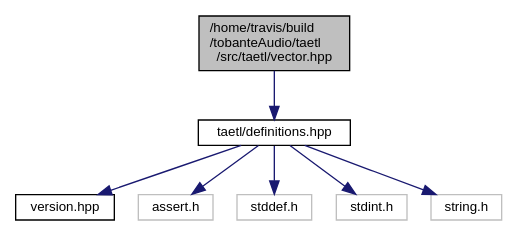
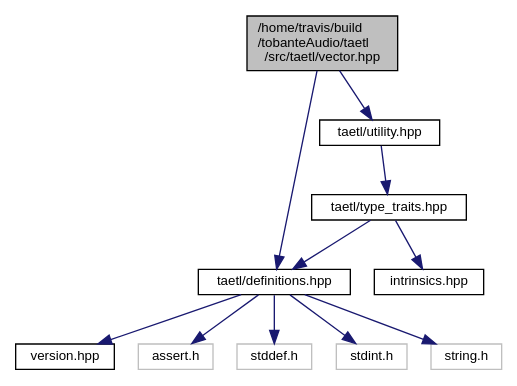
The diagram in vector_8hpp__incl.dot (tobanteAudio/taetl), drawn with Graphviz before and after one commit. The commit also changed 82 other files, not shown here.

```diff
--- a/vector_8hpp__incl.dot
+++ b/vector_8hpp__incl.dot
@@ -1,18 +1,25 @@
 digraph "/home/travis/build/tobanteAudio/taetl/src/taetl/vector.hpp"
 {
   edge [fontname="Helvetica",fontsize="10",labelfontname="Helvetica",labelfontsize="10"];
   node [fontname="Helvetica",fontsize="10",shape=record];
   Node0 [label="/home/travis/build\l/tobanteAudio/taetl\l/src/taetl/vector.hpp",height=0.2,width=0.4,color="black", fillcolor="grey75", style="filled", fontcolor="black"];
   Node0 -> Node1 [color="midnightblue",fontsize="10",style="solid",fontname="Helvetica"];
   Node1 [label="taetl/definitions.hpp",height=0.2,width=0.4,color="black", fillcolor="white", style="filled",URL="$definitions_8hpp.html"];
   Node1 -> Node2 [color="midnightblue",fontsize="10",style="solid",fontname="Helvetica"];
   Node2 [label="version.hpp",height=0.2,width=0.4,color="black", fillcolor="white", style="filled",URL="$version_8hpp.html"];
   Node1 -> Node3 [color="midnightblue",fontsize="10",style="solid",fontname="Helvetica"];
   Node3 [label="assert.h",height=0.2,width=0.4,color="grey75", fillcolor="white", style="filled"];
   Node1 -> Node4 [color="midnightblue",fontsize="10",style="solid",fontname="Helvetica"];
   Node4 [label="stddef.h",height=0.2,width=0.4,color="grey75", fillcolor="white", style="filled"];
   Node1 -> Node5 [color="midnightblue",fontsize="10",style="solid",fontname="Helvetica"];
   Node5 [label="stdint.h",height=0.2,width=0.4,color="grey75", fillcolor="white", style="filled"];
   Node1 -> Node6 [color="midnightblue",fontsize="10",style="solid",fontname="Helvetica"];
   Node6 [label="string.h",height=0.2,width=0.4,color="grey75", fillcolor="white", style="filled"];
+  Node0 -> Node7 [color="midnightblue",fontsize="10",style="solid",fontname="Helvetica"];
+  Node7 [label="taetl/utility.hpp",height=0.2,width=0.4,color="black", fillcolor="white", style="filled",URL="$utility_8hpp.html"];
+  Node7 -> Node8 [color="midnightblue",fontsize="10",style="solid",fontname="Helvetica"];
+  Node8 [label="taetl/type_traits.hpp",height=0.2,width=0.4,color="black", fillcolor="white", style="filled",URL="$type__traits_8hpp.html"];
+  Node8 -> Node1 [color="midnightblue",fontsize="10",style="solid",fontname="Helvetica"];
+  Node8 -> Node9 [color="midnightblue",fontsize="10",style="solid",fontname="Helvetica"];
+  Node9 [label="intrinsics.hpp",height=0.2,width=0.4,color="black", fillcolor="white", style="filled",URL="$intrinsics_8hpp.html"];
 }
```
